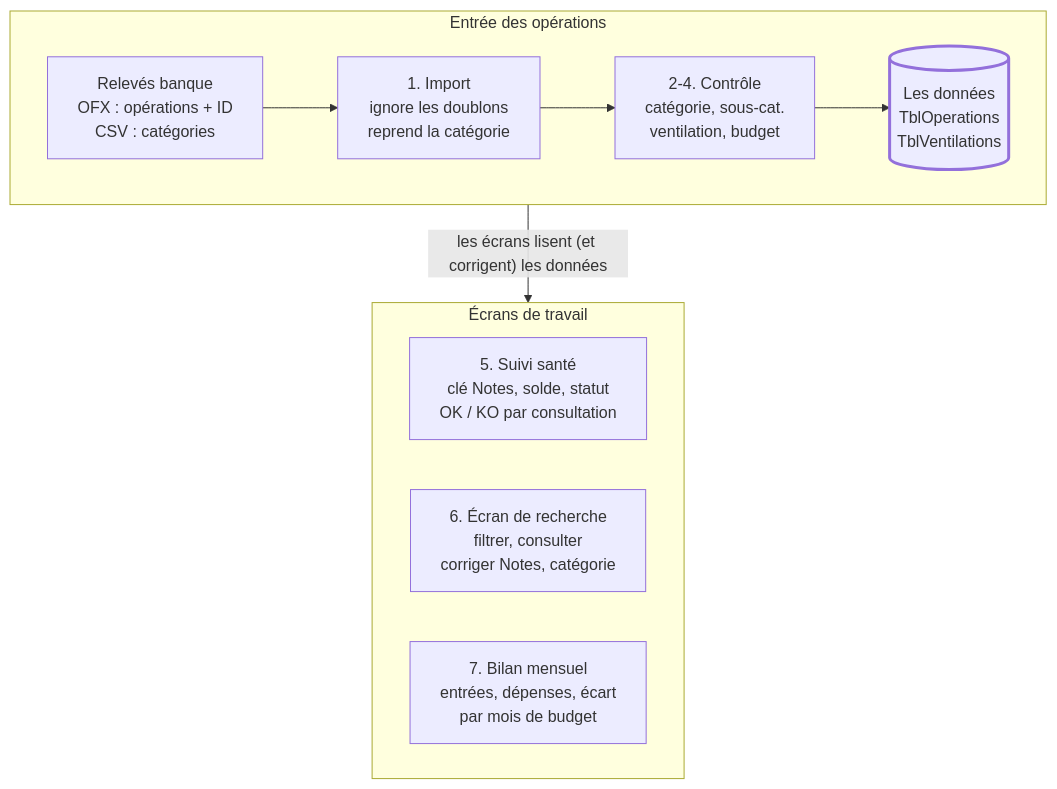
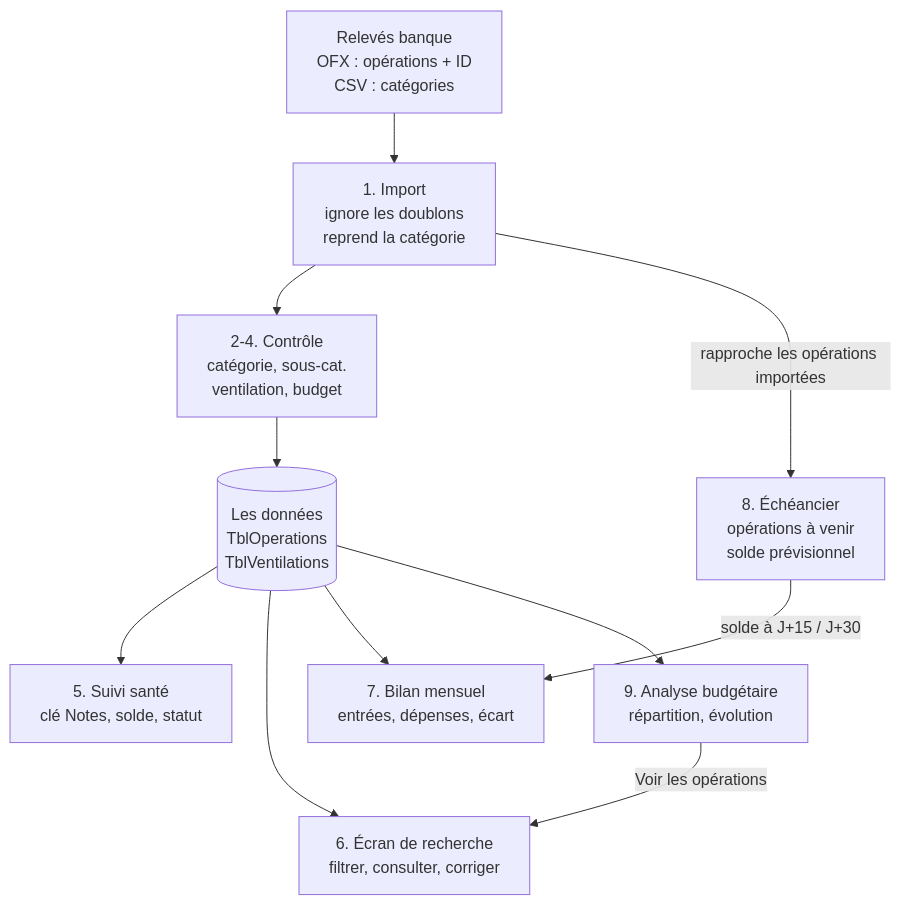
One commit to alexblav/Suivi_Financier changed the first of 7 diagrams in README.md. Above: the diagram before and after it, drawn with Mermaid. The commit also changed other lines of this file and 2 other files, not shown here.

````diff
--- a/README.md
+++ b/README.md
@@ -9,23 +28,20 @@
 ```mermaid
 flowchart TB
-    subgraph entree["Entrée des opérations"]
-        direction LR
-        RELEVES["Relevés banque<br/>OFX : opérations + ID<br/>CSV : catégories"]
-        IMPORT["1. Import<br/>ignore les doublons<br/>reprend la catégorie"]
-        CONTROLE["2-4. Contrôle<br/>catégorie, sous-cat.<br/>ventilation, budget"]
-        DONNEES[("Les données<br/>TblOperations<br/>TblVentilations")]
-        RELEVES --> IMPORT --> CONTROLE --> DONNEES
-    end
-
-    subgraph ecrans["Écrans de travail"]
-        direction LR
-        SANTE["5. Suivi santé<br/>clé Notes, solde, statut<br/>OK / KO par consultation"]
-        RECHERCHE["6. Écran de recherche<br/>filtrer, consulter<br/>corriger Notes, catégorie"]
-        BILAN["7. Bilan mensuel<br/>entrées, dépenses, écart<br/>par mois de budget"]
-    end
-
-    entree -->|"les écrans lisent (et corrigent) les données"| ecrans
-
-    classDef donnees stroke-width:3px
-    class DONNEES donnees
+    RELEVES["Relevés banque<br/>OFX : opérations + ID<br/>CSV : catégories"]
+    IMPORT["1. Import<br/>ignore les doublons<br/>reprend la catégorie"]
+    CONTROLE["2-4. Contrôle<br/>catégorie, sous-cat.<br/>ventilation, budget"]
+    DONNEES[("Les données<br/>TblOperations<br/>TblVentilations")]
+    SANTE["5. Suivi santé<br/>clé Notes, solde, statut"]
+    RECHERCHE["6. Écran de recherche<br/>filtrer, consulter, corriger"]
+    BILAN["7. Bilan mensuel<br/>entrées, dépenses, écart"]
+    ECHEANCIER["8. Échéancier<br/>opérations à venir<br/>solde prévisionnel"]
+    ANALYSE["9. Analyse budgétaire<br/>répartition, évolution"]
+    RELEVES --> IMPORT --> CONTROLE --> DONNEES
+    DONNEES --> SANTE
+    DONNEES --> RECHERCHE
+    DONNEES --> BILAN
+    DONNEES --> ANALYSE
+    IMPORT -->|"rapproche les opérations importées"| ECHEANCIER
+    ECHEANCIER -->|"solde à J+15 / J+30"| BILAN
+    ANALYSE -->|"Voir les opérations"| RECHERCHE
 ```
````
